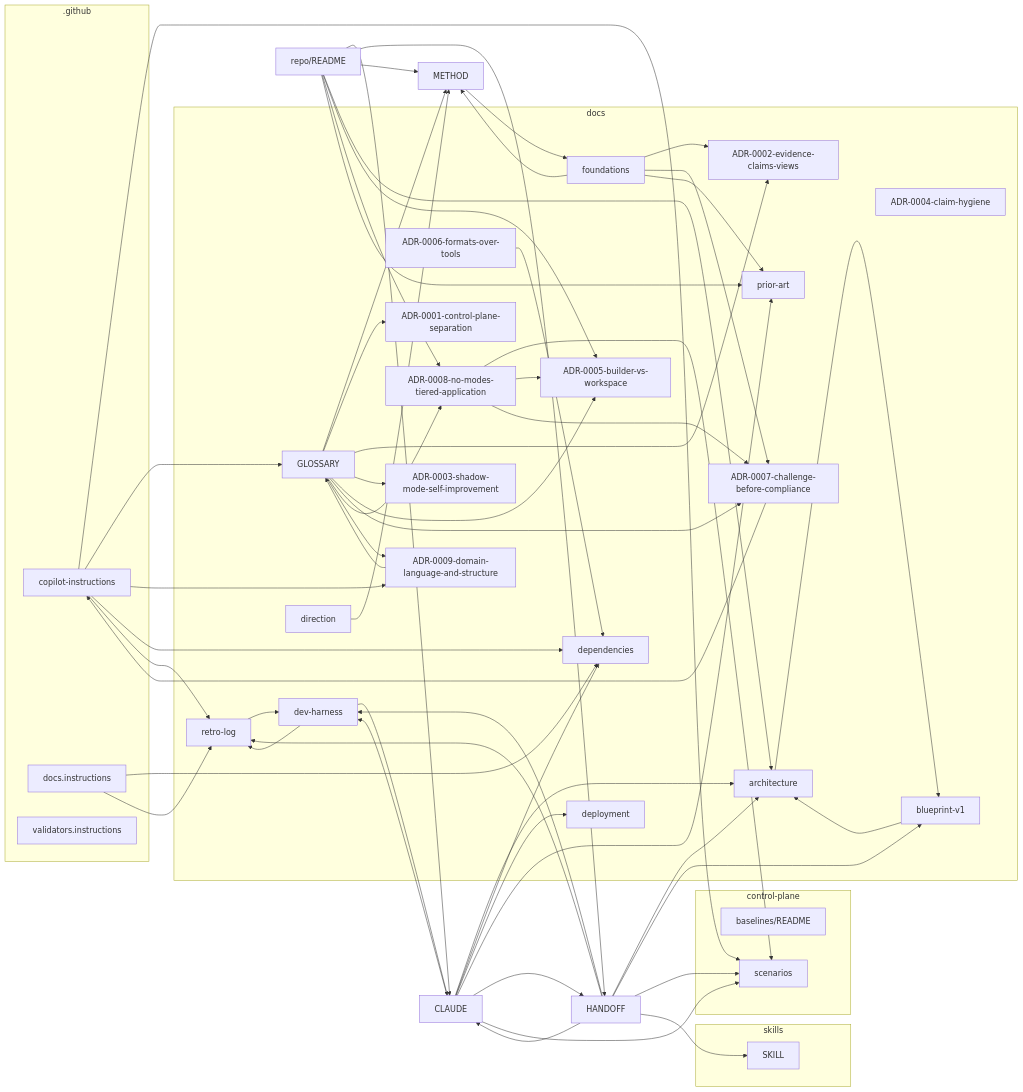
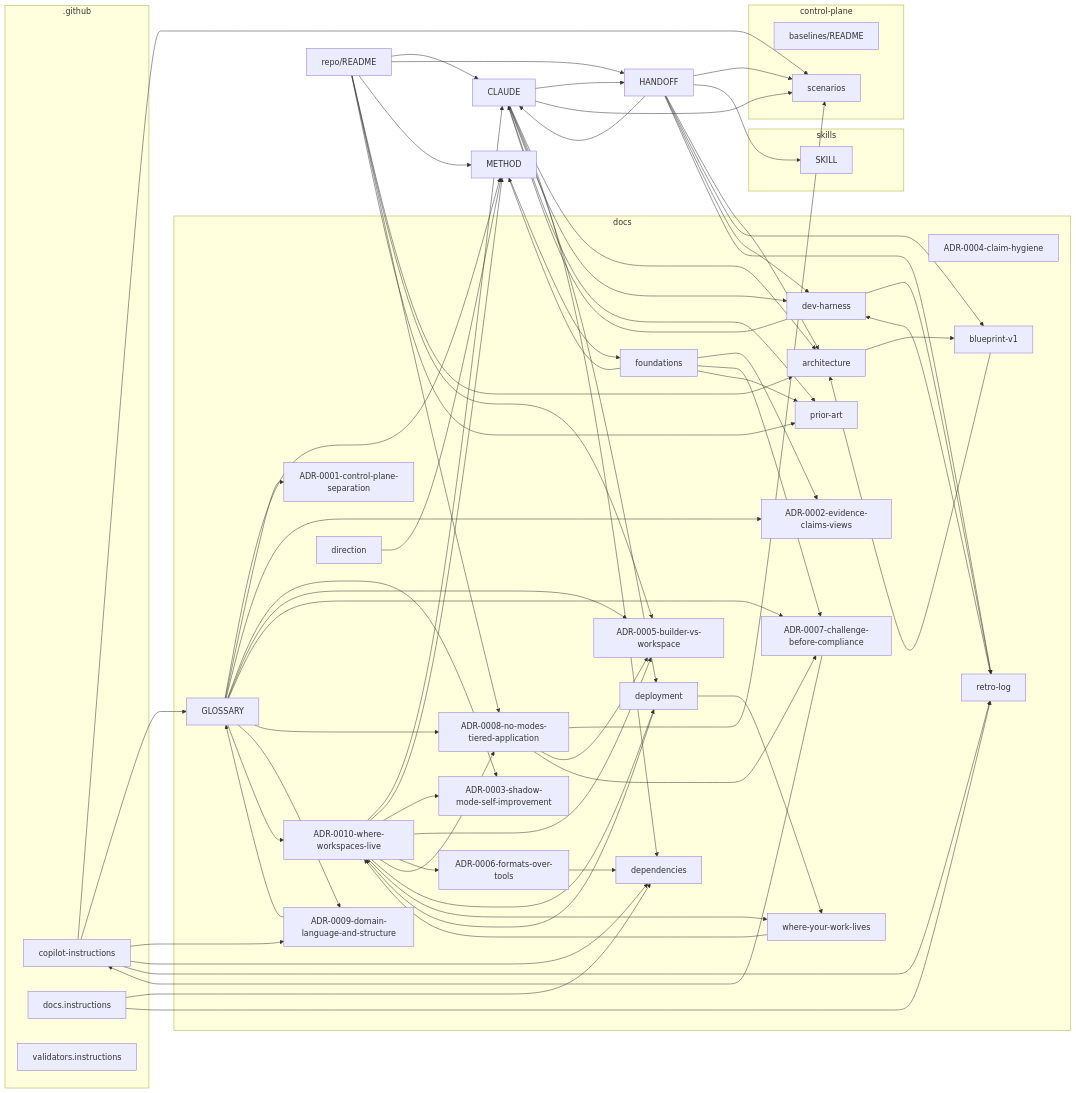
One commit to boulaajaj/ai-mise changed the diagram in docs/mindmap.md. Above: the diagram before and after it, drawn with Mermaid. The commit also changed other lines of this file and 4 other files, not shown here.

````diff
--- a/docs/mindmap.md
+++ b/docs/mindmap.md
@@ -27,6 +27,7 @@
     docs_decisions_ADR_0007_challenge_before_compliance_md["ADR-0007-challenge-before-compliance"]
     docs_decisions_ADR_0008_no_modes_tiered_application_md["ADR-0008-no-modes-tiered-application"]
     docs_decisions_ADR_0009_domain_language_and_structure_md["ADR-0009-domain-language-and-structure"]
+    docs_decisions_ADR_0010_where_workspaces_live_md["ADR-0010-where-workspaces-live"]
     docs_dependencies_md["dependencies"]
     docs_deployment_md["deployment"]
     docs_foundations_md["foundations"]
@@ -35,6 +36,7 @@
     docs_meta_direction_md["direction"]
     docs_meta_retro_log_md["retro-log"]
     docs_prior_art_md["prior-art"]
+    docs_where_your_work_lives_md["where-your-work-lives"]
   end
   CLAUDE_md["CLAUDE"]
   HANDOFF_md["HANDOFF"]
@@ -80,6 +82,7 @@
   docs_GLOSSARY_md --> docs_decisions_ADR_0007_challenge_before_compliance_md
   docs_GLOSSARY_md --> docs_decisions_ADR_0008_no_modes_tiered_application_md
   docs_GLOSSARY_md --> docs_decisions_ADR_0009_domain_language_and_structure_md
+  docs_GLOSSARY_md --> docs_decisions_ADR_0010_where_workspaces_live_md
   docs_architecture_md --> docs_history_blueprint_v1_md
   docs_decisions_ADR_0006_formats_over_tools_md --> docs_dependencies_md
   docs_decisions_ADR_0007_challenge_before_compliance_md --> _github_copilot_instructions_md
@@ -87,6 +90,16 @@
   docs_decisions_ADR_0008_no_modes_tiered_application_md --> docs_decisions_ADR_0005_builder_vs_workspace_md
   docs_decisions_ADR_0008_no_modes_tiered_application_md --> docs_decisions_ADR_0007_challenge_before_compliance_md
   docs_decisions_ADR_0009_domain_language_and_structure_md --> docs_GLOSSARY_md
+  docs_decisions_ADR_0010_where_workspaces_live_md --> CLAUDE_md
+  docs_decisions_ADR_0010_where_workspaces_live_md --> METHOD_md
+  docs_decisions_ADR_0010_where_workspaces_live_md --> docs_decisions_ADR_0003_shadow_mode_self_improvement_md
+  docs_decisions_ADR_0010_where_workspaces_live_md --> docs_decisions_ADR_0005_builder_vs_workspace_md
+  docs_decisions_ADR_0010_where_workspaces_live_md --> docs_decisions_ADR_0006_formats_over_tools_md
+  docs_decisions_ADR_0010_where_workspaces_live_md --> docs_decisions_ADR_0008_no_modes_tiered_application_md
+  docs_decisions_ADR_0010_where_workspaces_live_md --> docs_deployment_md
+  docs_decisions_ADR_0010_where_workspaces_live_md --> docs_where_your_work_lives_md
+  docs_deployment_md --> docs_decisions_ADR_0010_where_workspaces_live_md
+  docs_deployment_md --> docs_where_your_work_lives_md
   docs_foundations_md --> METHOD_md
   docs_foundations_md --> docs_decisions_ADR_0002_evidence_claims_views_md
   docs_foundations_md --> docs_decisions_ADR_0007_challenge_before_compliance_md
@@ -96,4 +109,5 @@
   docs_meta_dev_harness_md --> docs_meta_retro_log_md
   docs_meta_direction_md --> METHOD_md
   docs_meta_retro_log_md --> docs_meta_dev_harness_md
+  docs_where_your_work_lives_md --> docs_decisions_ADR_0010_where_workspaces_live_md
 ```
````
